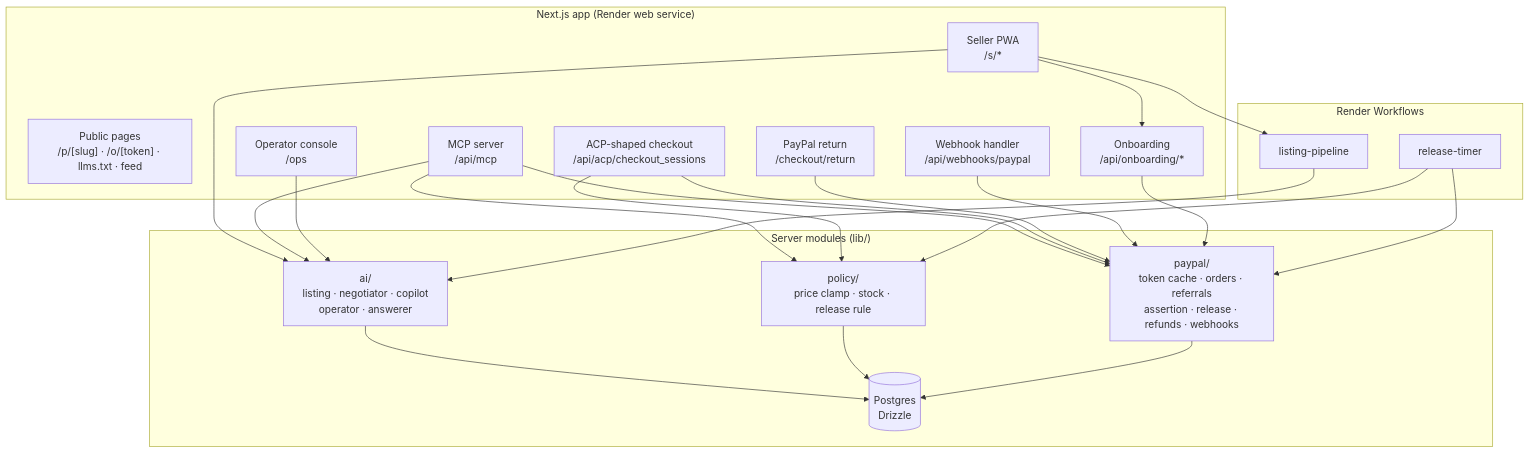
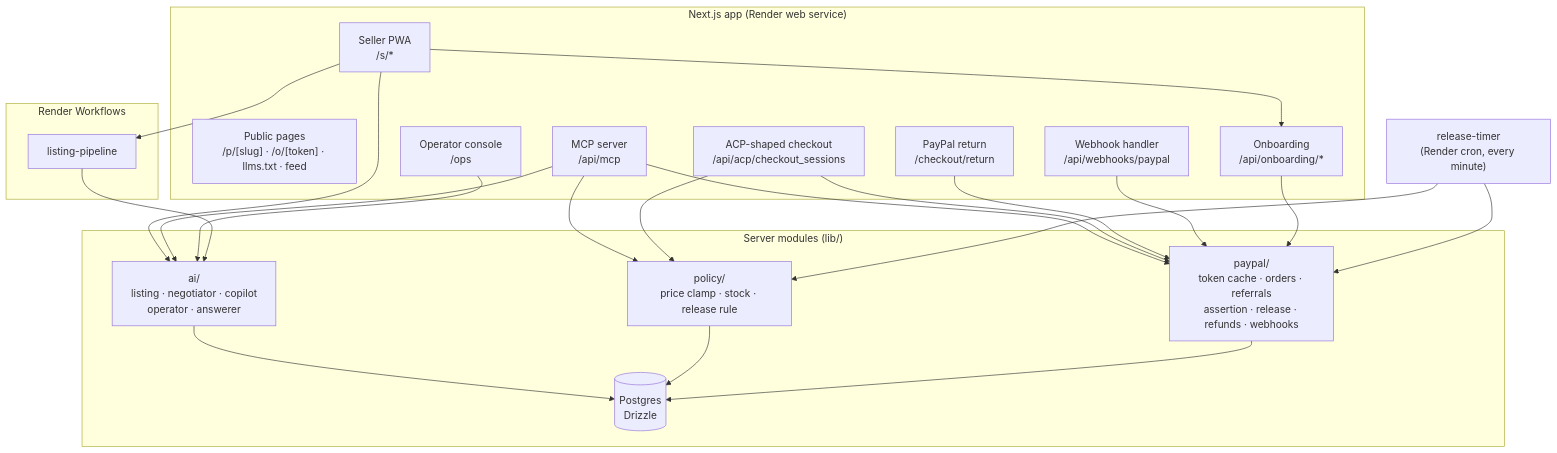
The second of 9 diagrams in docs/ARCHITECTURE.md (xeviert/counter-paypal-agent-commerce), drawn with Mermaid before and after one commit. The commit also changed other lines of this file and 8 other files, not shown here.

````diff
--- a/docs/ARCHITECTURE.md
+++ b/docs/ARCHITECTURE.md
@@ -69,44 +69,45 @@
 ```mermaid
 flowchart TB
   subgraph Web["Next.js app (Render web service)"]
     SAPP["Seller PWA<br/>/s/*"]
     PUB["Public pages<br/>/p/[slug] · /o/[token] · llms.txt · feed"]
     OPSUI["Operator console<br/>/ops"]
     MCPS["MCP server<br/>/api/mcp"]
     ACP["ACP-shaped checkout<br/>/api/acp/checkout_sessions"]
     RET["PayPal return<br/>/checkout/return"]
     WH["Webhook handler<br/>/api/webhooks/paypal"]
     ONB["Onboarding<br/>/api/onboarding/*"]
   end
 
   subgraph Core["Server modules (lib/)"]
     PP["paypal/<br/>token cache · orders · referrals<br/>assertion · release · refunds · webhooks"]
     AI["ai/<br/>listing · negotiator · copilot<br/>operator · answerer"]
     POL["policy/<br/>price clamp · stock · release rule"]
     DB[("Postgres<br/>Drizzle")]
   end
 
   subgraph WF["Render Workflows"]
     LP["listing-pipeline"]
-    RT["release-timer"]
   end
+
+  RT["release-timer<br/>(Render cron, every minute)"]
 
   SAPP --> AI
   SAPP --> ONB
   MCPS --> AI
   MCPS --> POL
   ACP --> POL
   MCPS --> PP
   ACP --> PP
   RET --> PP
   WH --> PP
   ONB --> PP
   OPSUI --> AI
   AI --> DB
   POL --> DB
   PP --> DB
   SAPP --> LP
   LP --> AI
   RT --> POL
   RT --> PP
 ```
````
